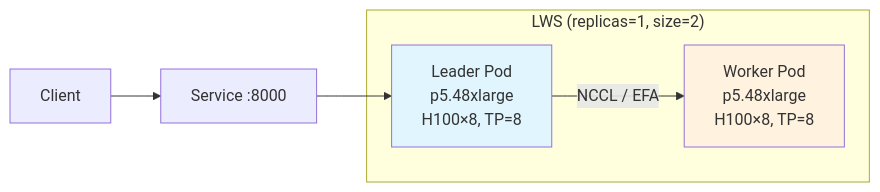
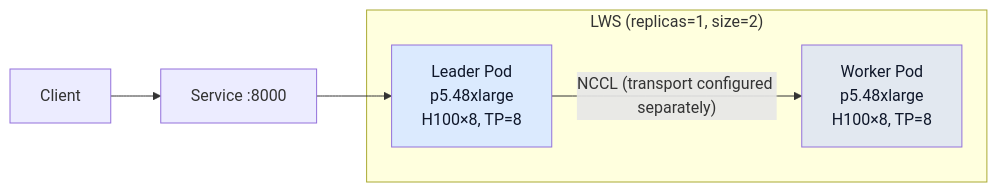
The second of 2 diagrams in docs/agentic-ai-platform/model-serving/inference-optimization/disaggregated-serving.md (devfloor9/engineering-playbook), drawn with Mermaid before and after one commit. The commit also changed other lines of this file and 2 other files, not shown here.

````diff
--- a/docs/agentic-ai-platform/model-serving/inference-optimization/disaggregated-serving.md
+++ b/docs/agentic-ai-platform/model-serving/inference-optimization/disaggregated-serving.md
@@ -142,10 +185,10 @@
 ```mermaid
 graph LR
     subgraph "LWS (replicas=1, size=2)"
-        L["Leader Pod<br/>p5.48xlarge<br/>H100×8, TP=8"] -->|"NCCL / EFA"| W["Worker Pod<br/>p5.48xlarge<br/>H100×8, TP=8"]
+        L["Leader Pod<br/>p5.48xlarge<br/>H100×8, TP=8"] -->|"NCCL (transport configured separately)"| W["Worker Pod<br/>p5.48xlarge<br/>H100×8, TP=8"]
     end
     C[Client] --> S["Service :8000"]
     S --> L
-    style L fill:#e1f5fe
-    style W fill:#fff3e0
+    style L fill:#dbeafe,color:#0f172a
+    style W fill:#e2e8f0,color:#0f172a
 ```
````
